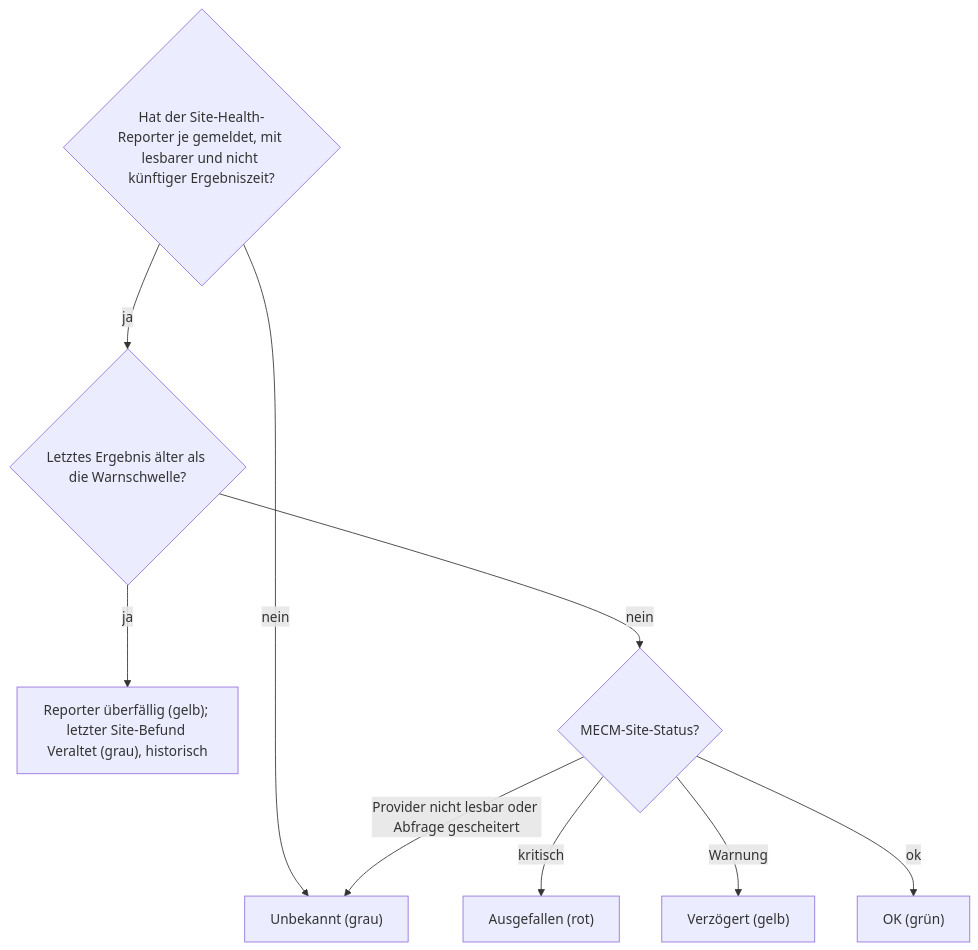
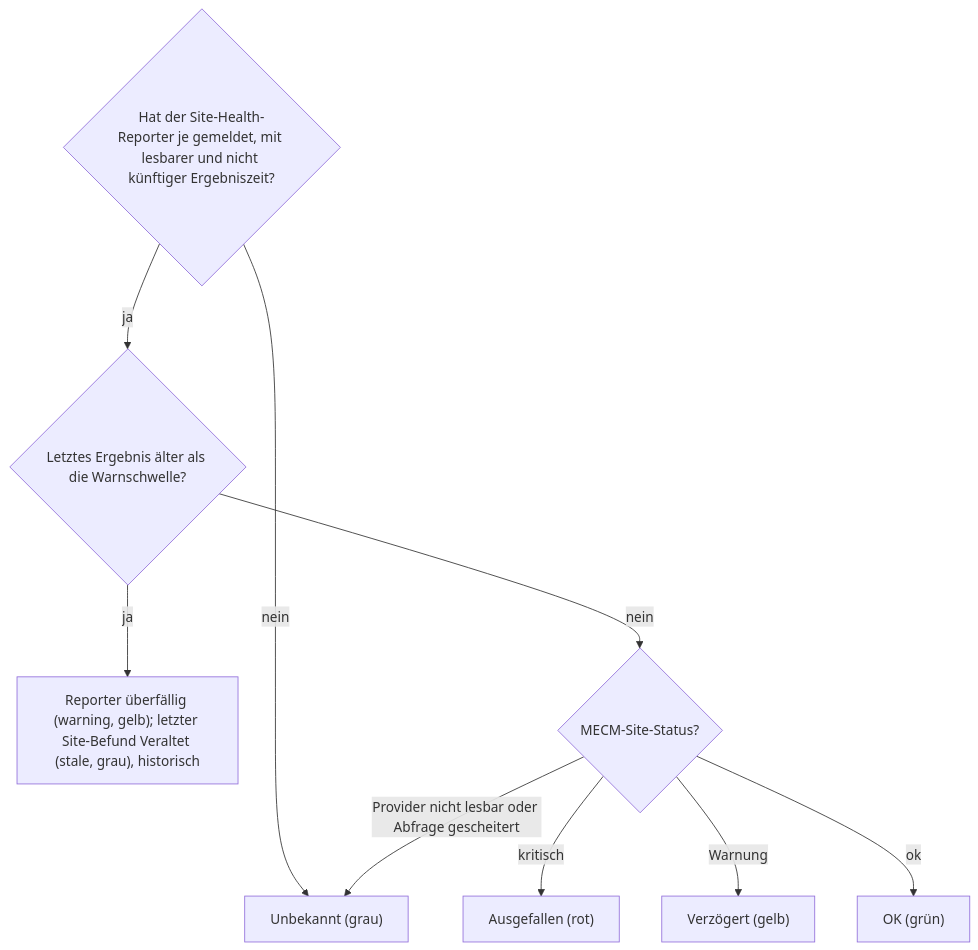
Before and after one commit to Samy94M/VirtuSphere-v2-WebApp: the third of 8 diagrams in docs/operations/system-status-checks.md, drawn with Mermaid. The commit also changed other lines of this file and 32 other files, not shown here.

````diff
--- a/docs/operations/system-status-checks.md
+++ b/docs/operations/system-status-checks.md
@@ -89,11 +89,11 @@
 ```mermaid
 flowchart TD
   A{"Hat der Site-Health-Reporter je gemeldet, mit lesbarer und nicht künftiger Ergebniszeit?"} -->|nein| UK["Unbekannt (grau)"]
   A -->|ja| S{"Letztes Ergebnis älter als die Warnschwelle?"}
-  S -->|ja| SS["Reporter überfällig (gelb); letzter Site-Befund Veraltet (grau), historisch"]
+  S -->|ja| SS["Reporter überfällig (warning, gelb); letzter Site-Befund Veraltet (stale, grau), historisch"]
   S -->|nein| SC{"MECM-Site-Status?"}
   SC -->|kritisch| RD["Ausgefallen (rot)"]
   SC -->|Warnung| YL["Verzögert (gelb)"]
   SC -->|ok| GR["OK (grün)"]
   SC -->|Provider nicht lesbar oder Abfrage gescheitert| UK
 ```
````
